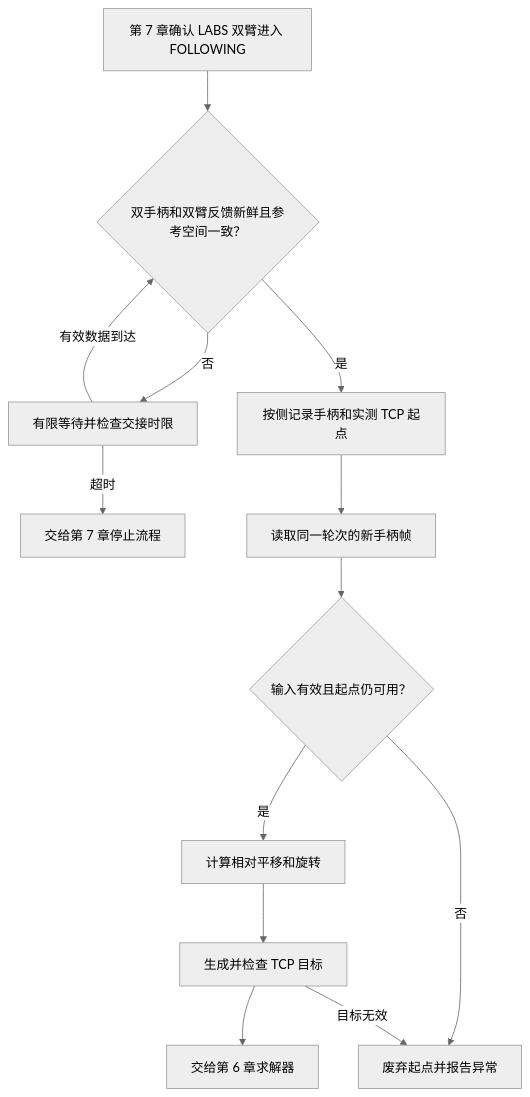
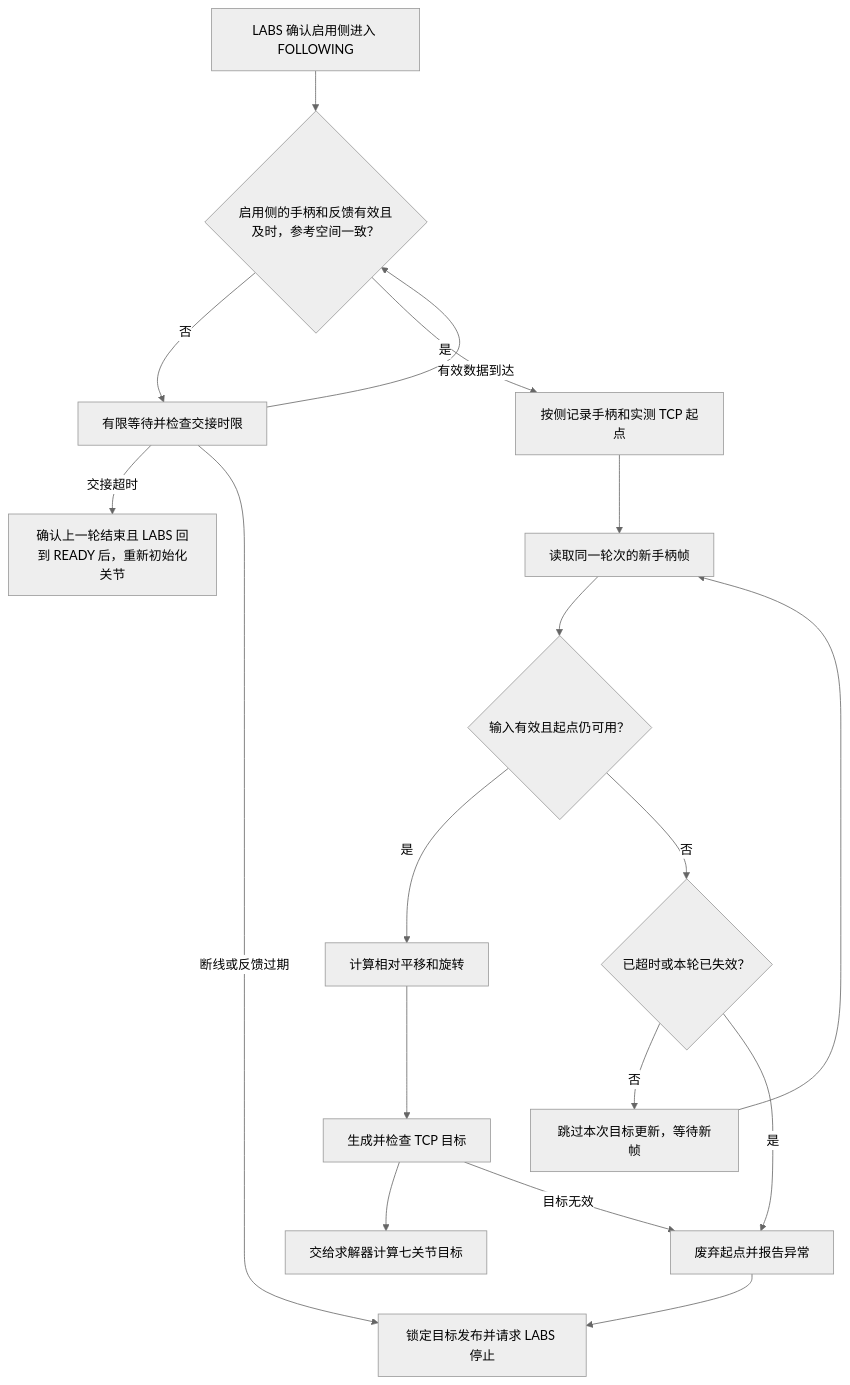
Before and after one commit to YYxzz8866/Quest-Proposal: the diagram in 5、映射及相对跟随.md, drawn with Mermaid (neutral theme). The commit also changed other lines of this file and 7 other files, not shown here.

````diff
--- a/5、映射及相对跟随.md
+++ b/5、映射及相对跟随.md
@@ -24,22 +24,28 @@
 ```mermaid
 flowchart TD
-    Following["第 7 章确认 LABS 双臂进入 FOLLOWING"]
-    Ready{"双手柄和双臂反馈新鲜且参考空间一致？"}
+    Following["LABS 确认启用侧进入 FOLLOWING"]
+    Ready{"启用侧的手柄和反馈有效且及时，参考空间一致？"}
     Wait["有限等待并检查交接时限"]
-    EntryFault["交给第 7 章停止流程"]
+    Retry["确认上一轮结束且 LABS 回到 READY 后，重新初始化关节"]
+    EntryFault["锁定目标发布并请求 LABS 停止"]
     Anchor["按侧记录手柄和实测 TCP 起点"]
     Frame["读取同一轮次的新手柄帧"]
     Valid{"输入有效且起点仍可用？"}
+    Fault{"已超时或本轮已失效？"}
+    Skip["跳过本次目标更新，等待新帧"]
     Delta["计算相对平移和旋转"]
     Goal["生成并检查 TCP 目标"]
-    Solver["交给第 6 章求解器"]
+    Solver["交给求解器计算七关节目标"]
     Clear["废弃起点并报告异常"]
 
     Following --> Ready
     Ready -->|否| Wait -->|有效数据到达| Ready
-    Wait -->|超时| EntryFault
+    Wait -->|交接超时| Retry
+    Wait -->|断线或反馈过期| EntryFault
     Ready -->|是| Anchor --> Frame --> Valid
     Valid -->|是| Delta --> Goal --> Solver
-    Valid -->|否| Clear
+    Valid -->|否| Fault
+    Fault -->|否| Skip --> Frame
+    Fault -->|是| Clear --> EntryFault
     Goal -->|目标无效| Clear
 ```
````
